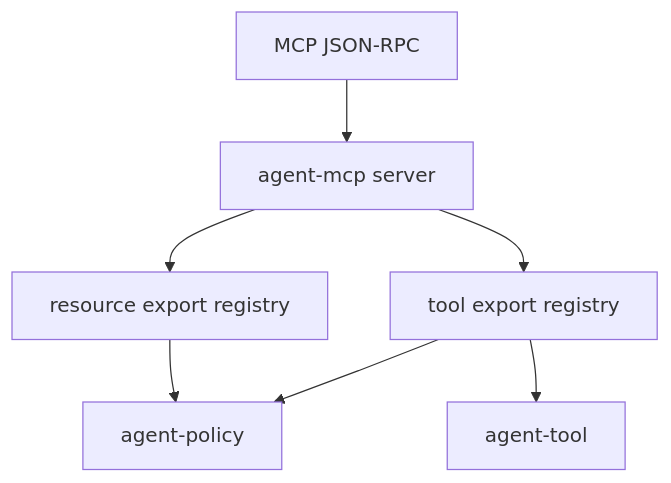
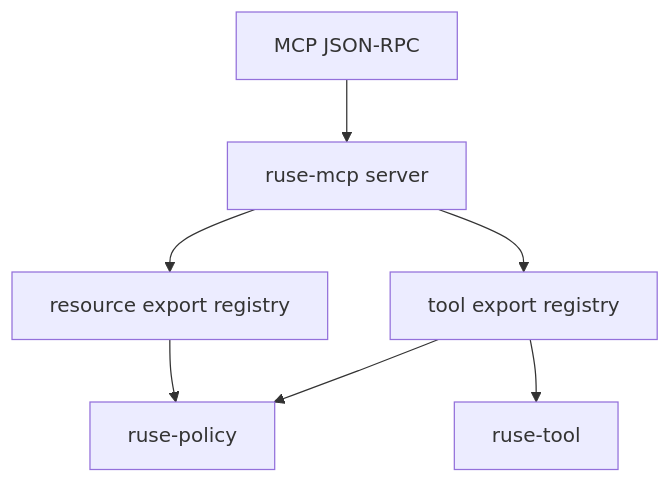
The diagram in docs/specs/M30-00-mcp-server-technical-design.spec.md (poneding/agent), drawn with Mermaid before and after one commit. The commit also changed other lines of this file and 2091 other files, not shown here.

First line of the commit message:
refactor: rename agent branding to ruse

````diff
--- a/docs/specs/M30-00-mcp-server-technical-design.spec.md
+++ b/docs/specs/M30-00-mcp-server-technical-design.spec.md
@@ -33,9 +33,9 @@
 ```mermaid
 flowchart TD
-  Protocol["MCP JSON-RPC"] --> Server["agent-mcp server"]
+  Protocol["MCP JSON-RPC"] --> Server["ruse-mcp server"]
   Server --> ToolExport["tool export registry"]
   Server --> ResourceExport["resource export registry"]
-  ToolExport --> Policy["agent-policy"]
-  ToolExport --> Tools["agent-tool"]
+  ToolExport --> Policy["ruse-policy"]
+  ToolExport --> Tools["ruse-tool"]
   ResourceExport --> Policy
 ```
````
